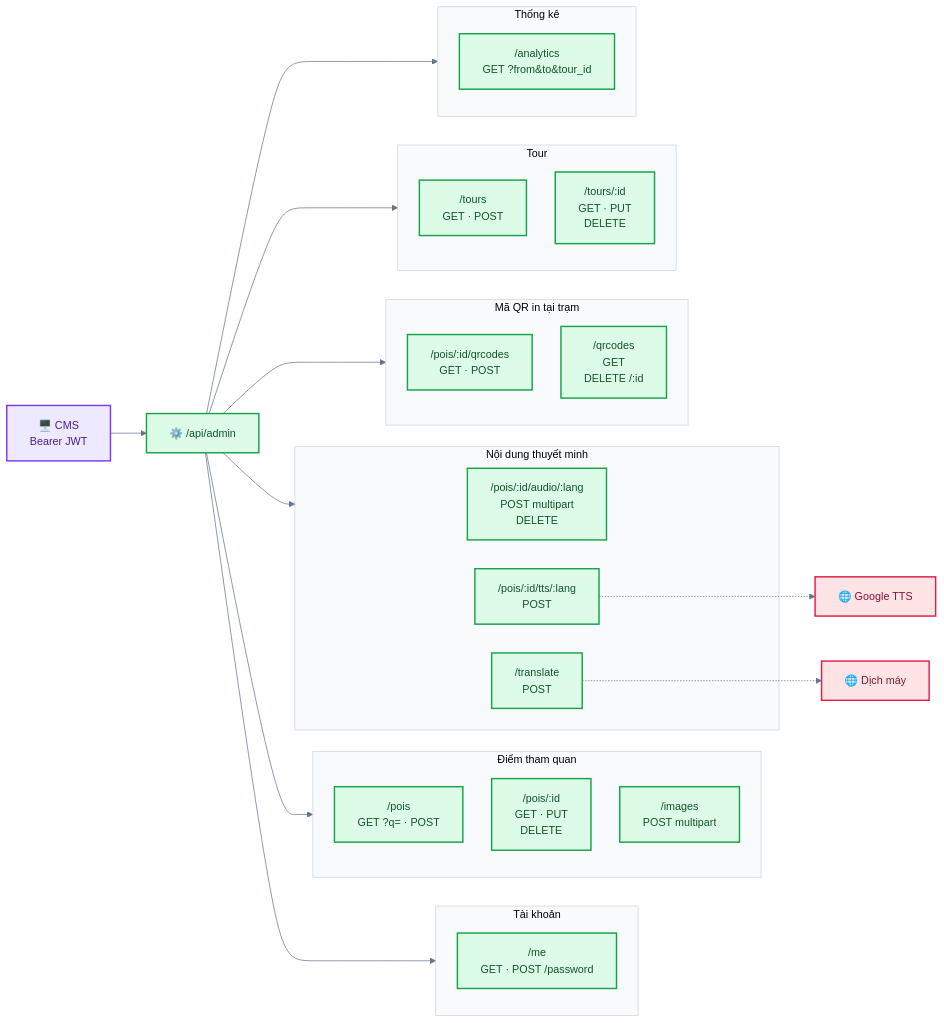
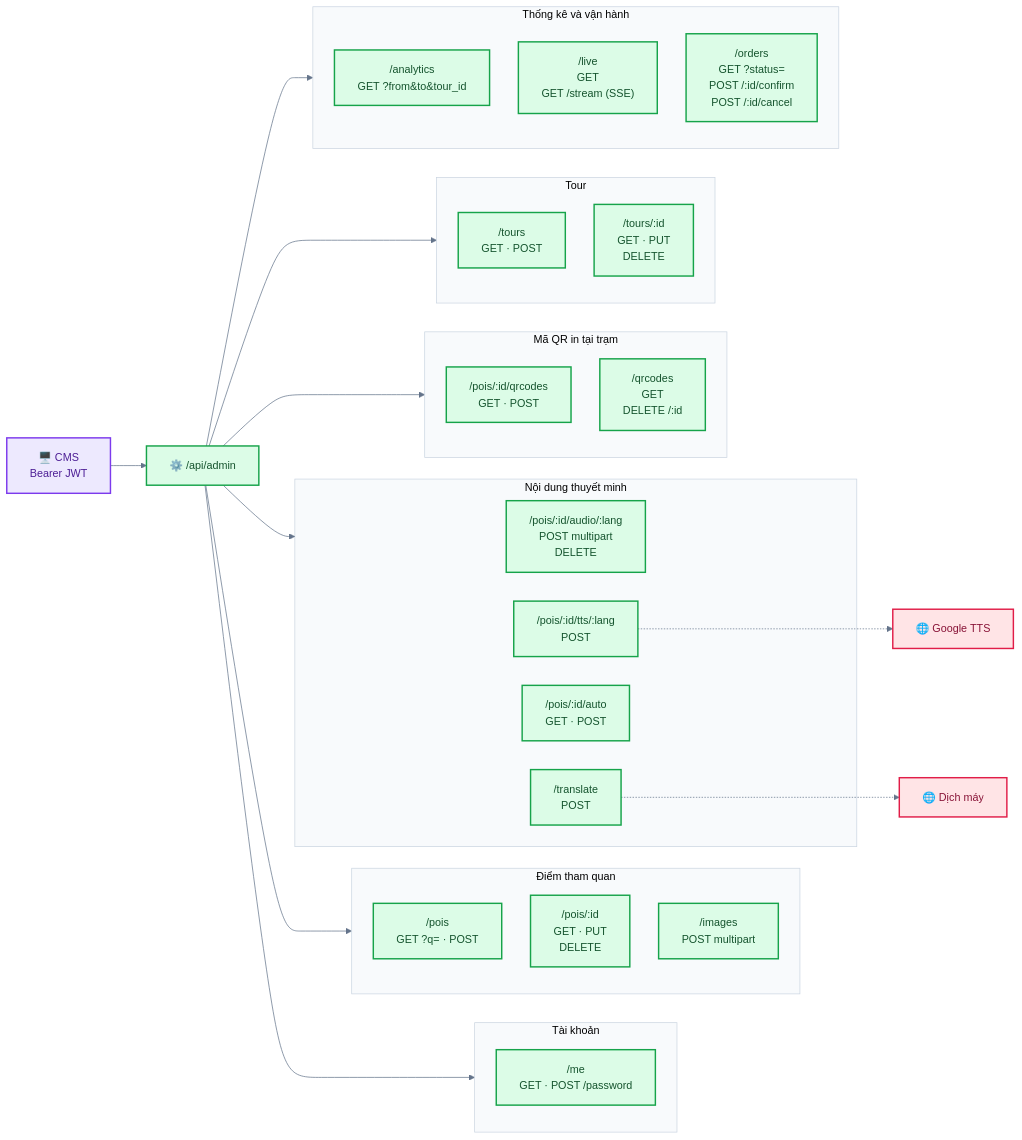
Before and after one commit to AiraLeFatale/CongNghePhanMem_Project: the seventh of 10 diagrams in docs/api.md, drawn with Mermaid. The commit also changed other lines of this file and 145 other files, not shown here.

````diff
--- a/docs/api.md
+++ b/docs/api.md
@@ -256,46 +272,49 @@
 ```mermaid
 %%{init: {"theme":"base","fontFamily":"Helvetica Neue, Arial, sans-serif","themeVariables":{"fontFamily":"Helvetica Neue, Arial, sans-serif","fontSize":"15px","primaryColor":"#EFF6FF","primaryBorderColor":"#3B82F6","primaryTextColor":"#0F172A","lineColor":"#64748B","secondaryColor":"#F0FDF4","tertiaryColor":"#FFFFFF","clusterBkg":"#F8FAFC","clusterBorder":"#CBD5E1","edgeLabelBackground":"#FFFFFF","noteBkgColor":"#FEF9C3","noteBorderColor":"#EAB308","actorBkg":"#DBEAFE","actorBorder":"#2563EB","actorTextColor":"#1E3A8A","signalColor":"#475569","signalTextColor":"#0F172A","labelBoxBkgColor":"#F1F5F9","labelBoxBorderColor":"#94A3B8","activationBkgColor":"#E0F2FE","activationBorderColor":"#0284C7","sequenceNumberColor":"#FFFFFF","pie1":"#16A34A","pie2":"#F59E0B","pie3":"#94A3B8","pie4":"#DC2626","pie5":"#2563EB","pie6":"#7C3AED","pieStrokeColor":"#FFFFFF","pieSectionTextColor":"#FFFFFF","quadrant1Fill":"#FEE2E2","quadrant2Fill":"#FEF3C7","quadrant3Fill":"#DCFCE7","quadrant4Fill":"#FEF3C7","quadrantPointFill":"#1E3A8A","quadrantPointTextFill":"#0F172A","git0":"#1E3A8A","gitBranchLabel0":"#FFFFFF","cScale0":"#DBEAFE","cScale1":"#DCFCE7","cScale2":"#EDE9FE","cScale3":"#FEF3C7","cScale4":"#FFE4E6","cScale5":"#E0F2FE","cScale6":"#F1F5F9"},"flowchart":{"curve":"basis","padding":16,"nodeSpacing":40,"rankSpacing":50},"sequence":{"showSequenceNumbers":true,"mirrorActors":false}}}%%
 flowchart LR
     CMS["🖥️ CMS<br/>Bearer JWT"]:::cms --> ADM["⚙️ /api/admin"]:::backend
     subgraph ACC["Tài khoản"]
         ME["/me<br/>GET · POST /password"]:::backend
     end
     subgraph POIG["Điểm tham quan"]
         POIS["/pois<br/>GET ?q= · POST"]:::backend
         POI["/pois/:id<br/>GET · PUT<br/>DELETE"]:::backend
         IMG["/images<br/>POST multipart"]:::backend
     end
     subgraph CONT["Nội dung thuyết minh"]
         AUD["/pois/:id/audio/:lang<br/>POST multipart<br/>DELETE"]:::backend
         TTS["/pois/:id/tts/:lang<br/>POST"]:::backend
+        AUTO["/pois/:id/auto<br/>GET · POST"]:::backend
         TR["/translate<br/>POST"]:::backend
     end
     subgraph QRG["Mã QR in tại trạm"]
         PQR["/pois/:id/qrcodes<br/>GET · POST"]:::backend
         QR["/qrcodes<br/>GET<br/>DELETE /:id"]:::backend
     end
     subgraph TOURG["Tour"]
         TOURS["/tours<br/>GET · POST"]:::backend
         TOUR["/tours/:id<br/>GET · PUT<br/>DELETE"]:::backend
     end
-    subgraph ANG["Thống kê"]
+    subgraph ANG["Thống kê và vận hành"]
         AN["/analytics<br/>GET ?from&to&tour_id"]:::backend
+        LIVE["/live<br/>GET<br/>GET /stream (SSE)"]:::backend
+        ORD["/orders<br/>GET ?status=<br/>POST /:id/confirm<br/>POST /:id/cancel"]:::backend
     end
     ADM --> ACC
     ADM --> POIG
     ADM --> CONT
     ADM --> QRG
     ADM --> TOURG
     ADM --> ANG
     TR -.-> EXT["🌐 Dịch máy"]:::ext
     TTS -.-> EXT2["🌐 Google TTS"]:::ext
     style ACC fill:#F8FAFC,stroke:#CBD5E1
     style POIG fill:#F8FAFC,stroke:#CBD5E1
     style CONT fill:#F8FAFC,stroke:#CBD5E1
     style QRG fill:#F8FAFC,stroke:#CBD5E1
     style TOURG fill:#F8FAFC,stroke:#CBD5E1
     style ANG fill:#F8FAFC,stroke:#CBD5E1
     classDef backend fill:#DCFCE7,stroke:#16A34A,stroke-width:2px,color:#14532D
     classDef cms fill:#EDE9FE,stroke:#7C3AED,stroke-width:2px,color:#4C1D95
     classDef ext fill:#FFE4E6,stroke:#E11D48,stroke-width:2px,color:#881337
 ```
````
